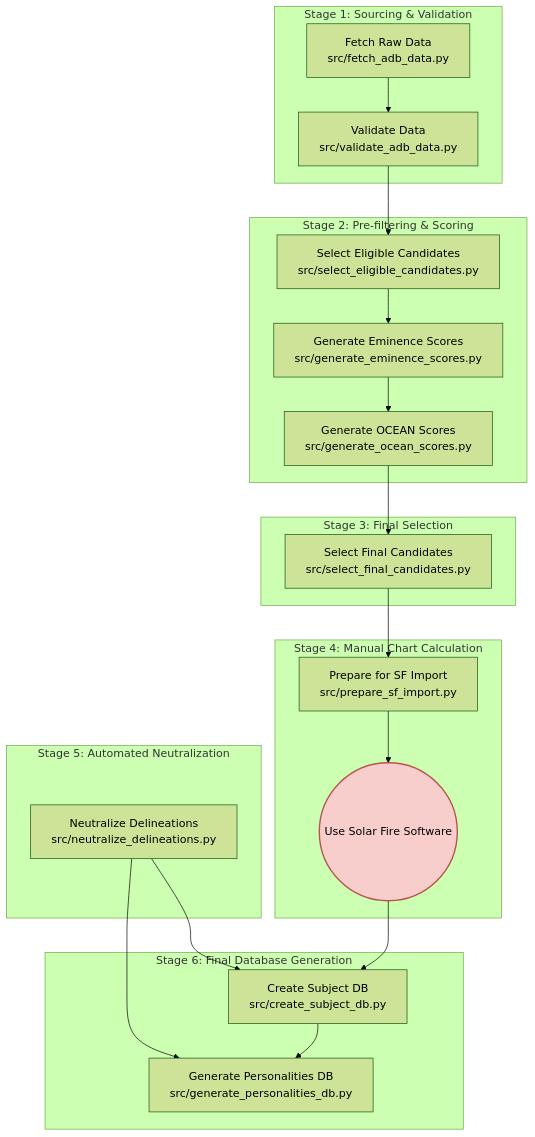
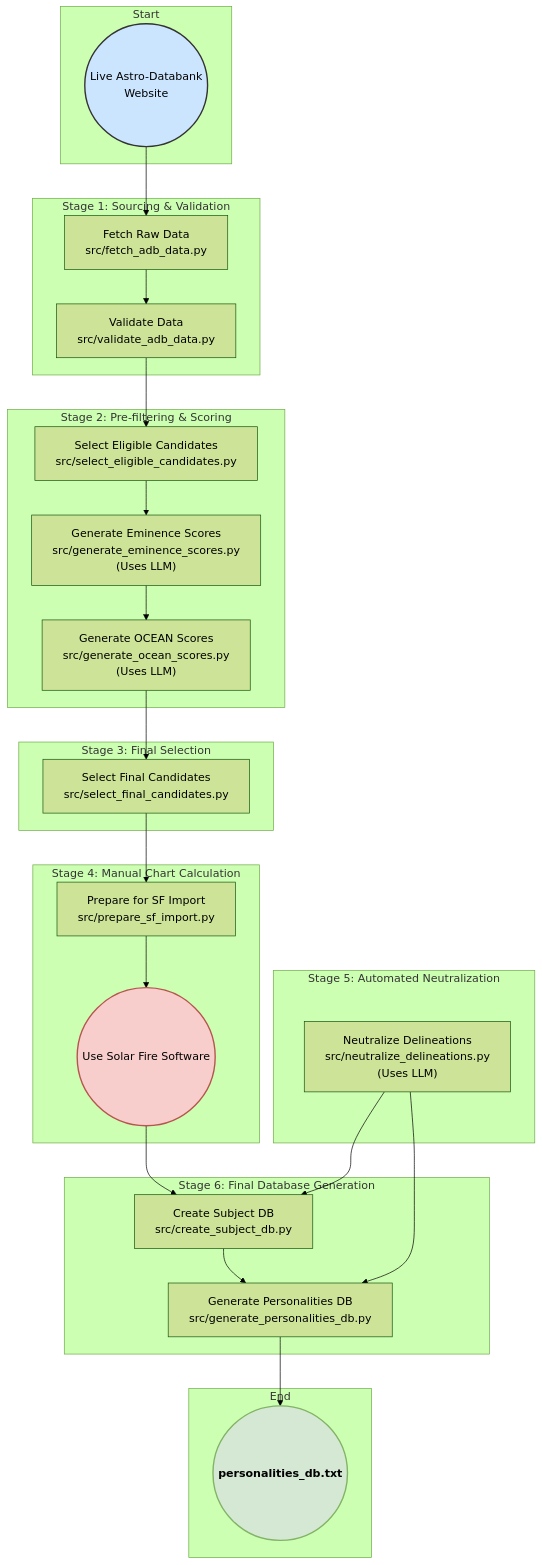
The diagram in docs/diagrams/flow_prep_pipeline.mmd (peterjmarko/llm-narrative-framework), drawn with Mermaid (forest theme) before and after one commit. The commit also changed 22 other files, not shown here.

```diff
--- a/docs/diagrams/flow_prep_pipeline.mmd
+++ b/docs/diagrams/flow_prep_pipeline.mmd
@@ -1,33 +1,47 @@
 graph TD
     classDef manualStyle fill:#f8cecc,stroke:#b85450,stroke-width:2px
+    classDef sourceStyle fill:#cce5ff,stroke:#333,stroke-width:2px
+    classDef finalProductStyle fill:#d5e8d4,stroke:#82b366,stroke-width:2px,font-weight:bold
+
+    subgraph "Start"
+        StartDB(("Live Astro-Databank<br/>Website"))
+    end
+
     subgraph "Stage 1: Sourcing & Validation"
-        A[Fetch Raw Data<br>src/fetch_adb_data.py] --> B[Validate Data<br>src/validate_adb_data.py];
+        StartDB --> A[Fetch Raw Data<br>src/fetch_adb_data.py]
+        A --> B[Validate Data<br>src/validate_adb_data.py];
     end
 
     subgraph "Stage 2: Pre-filtering & Scoring"
         B --> C[Select Eligible Candidates<br>src/select_eligible_candidates.py];
-        C --> D[Generate Eminence Scores<br>src/generate_eminence_scores.py];
-        D --> E[Generate OCEAN Scores<br>src/generate_ocean_scores.py];
+        C --> D["Generate Eminence Scores<br>src/generate_eminence_scores.py<br/>(Uses LLM)"];
+        D --> E["Generate OCEAN Scores<br>src/generate_ocean_scores.py<br/>(Uses LLM)"];
     end
 
     subgraph "Stage 3: Final Selection"
         E --> F[Select Final Candidates<br>src/select_final_candidates.py];
     end
 
     subgraph "Stage 4: Manual Chart Calculation"
         F --> G[Prepare for SF Import<br>src/prepare_sf_import.py];
         G --> H((Use Solar Fire Software));
     end
     
-    class H manualStyle;
-    
     subgraph "Stage 5: Automated Neutralization"
-        I[Neutralize Delineations<br>src/neutralize_delineations.py]
+        I["Neutralize Delineations<br>src/neutralize_delineations.py<br/>(Uses LLM)"]
     end
 
     subgraph "Stage 6: Final Database Generation"
         H --> J[Create Subject DB<br>src/create_subject_db.py];
         I --> J
-        I --> K[Generate Personalities DB<br>src/generate_personalities_db.py];
-        J --> K
+        J --> K[Generate Personalities DB<br>src/generate_personalities_db.py];
+        I --> K
     end
+    
+    subgraph "End"
+        K --> FinalDB(("personalities_db.txt"))
+    end
+
+    class H manualStyle;
+    class StartDB sourceStyle;
+    class FinalDB finalProductStyle;
```
